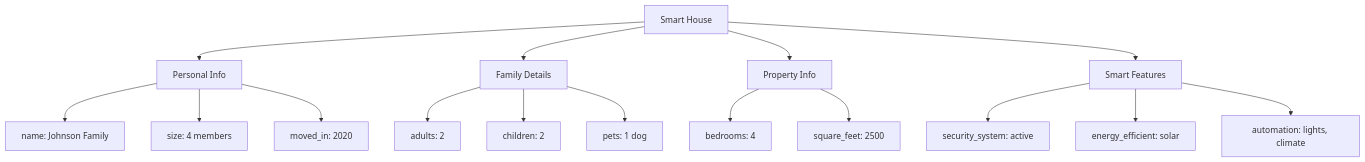
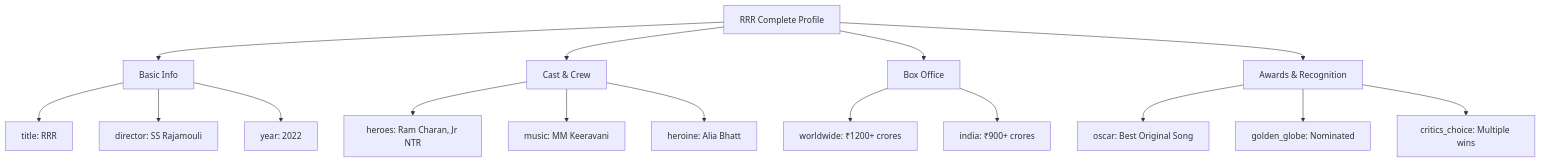
The fourth of 11 diagrams in mongodb-nature-guide.md (viswanathsandu/QuickGuides), drawn with Mermaid before and after one commit. The commit also changed other lines of this file, not shown here.

````diff
--- a/mongodb-nature-guide.md
+++ b/mongodb-nature-guide.md
@@ -236,22 +329,22 @@
 ```mermaid
 graph TB
-    A[Smart House] --> B[Personal Info]
-    A --> C[Family Details]
-    A --> D[Property Info]
-    A --> E[Smart Features]
+    A[RRR Complete Profile] --> B[Basic Info]
+    A --> C[Cast & Crew]
+    A --> D[Box Office]
+    A --> E[Awards & Recognition]
     
-    B --> B1[name: Johnson Family]
-    B --> B2[size: 4 members]
-    B --> B3[moved_in: 2020]
+    B --> B1[title: RRR]
+    B --> B2[director: SS Rajamouli]
+    B --> B3[year: 2022]
     
-    C --> C1[adults: 2]
-    C --> C2[children: 2]
-    C --> C3[pets: 1 dog]
+    C --> C1[heroes: Ram Charan, Jr NTR]
+    C --> C2[music: MM Keeravani]
+    C --> C3[heroine: Alia Bhatt]
     
-    D --> D1[bedrooms: 4]
-    D --> D2[square_feet: 2500]
+    D --> D1[worldwide: ₹1200+ crores]
+    D --> D2[india: ₹900+ crores]
     
-    E --> E1[security_system: active]
-    E --> E2[energy_efficient: solar]
-    E --> E3[automation: lights, climate]
+    E --> E1[oscar: Best Original Song]
+    E --> E2[golden_globe: Nominated]
+    E --> E3[critics_choice: Multiple wins]
 ```
````
